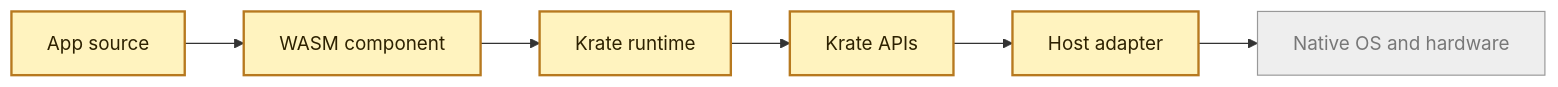
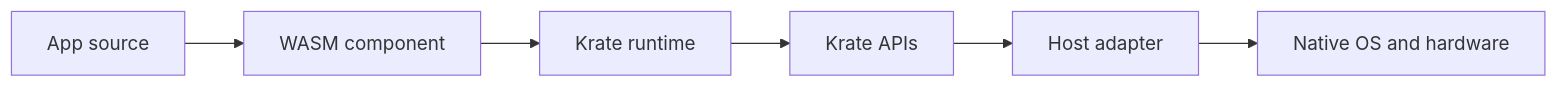
The diagram in docs/book/src/introduction.md (incyashraj/krate), drawn with Mermaid before and after one commit. The commit also changed other lines of this file and 22 other files, not shown here.

````diff
--- a/docs/book/src/introduction.md
+++ b/docs/book/src/introduction.md
@@ -45,16 +47,9 @@
 ```mermaid
 flowchart LR
     A["App source"] --> B["WASM component"]
     B --> C["Krate runtime"]
     C --> D["Krate APIs"]
     D --> E["Host adapter"]
     E --> F["Native OS and hardware"]
 
-    classDef done fill:#d9fbe3,stroke:#16833a,color:#102a17,stroke-width:2px;
-    classDef current fill:#fff3bf,stroke:#b7791f,color:#2d2100,stroke-width:2px;
-    classDef pending fill:#eeeeee,stroke:#999999,color:#777777,stroke-width:1px;
-
-    class A,B,C,D current;
-    class E current;
-    class F pending;
 ```
````
